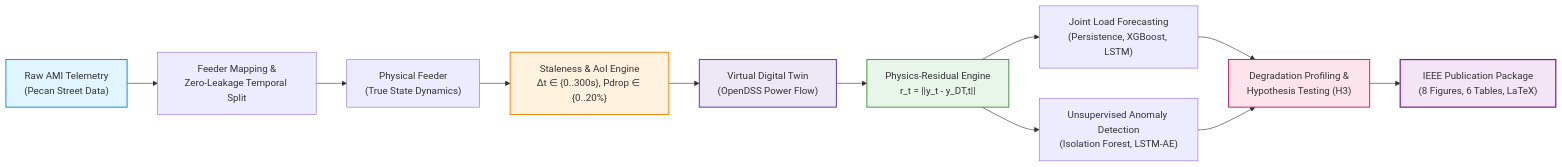
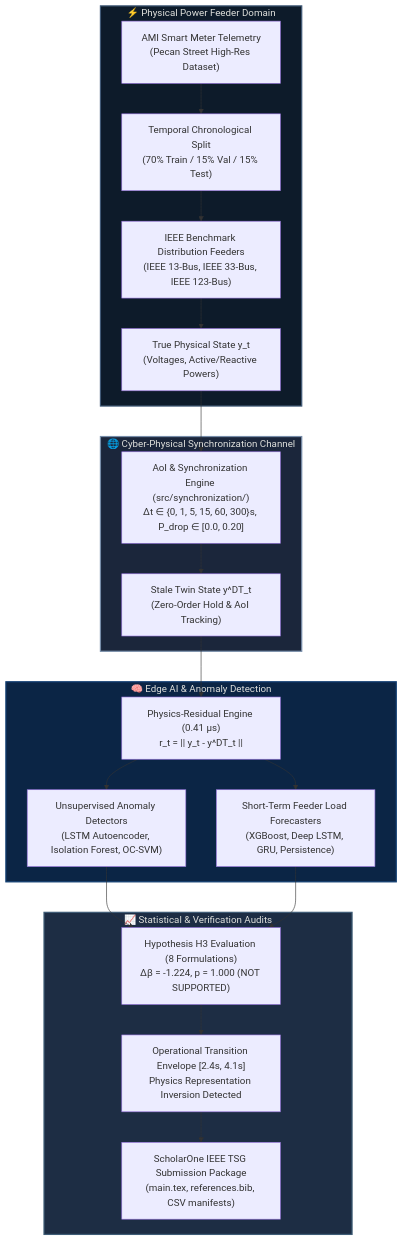
One commit to yashlund05/digital-twins-ieee changed the diagram in README.md. Above: the diagram before and after it, drawn with Mermaid. The commit also changed other lines of this file, not shown here.

Commit message:
docs(readme): polish README with 3D cyber-physical banner, WebGL studio section, and IEEE TSG readiness updates

````diff
--- a/README.md
+++ b/README.md
@@ -35,20 +58,31 @@
 ```mermaid
-flowchart LR
-    A["Raw AMI Telemetry<br/>(Pecan Street Data)"] --> B["Feeder Mapping &<br/>Zero-Leakage Temporal Split"]
-    B --> C["Physical Feeder<br/>(True State Dynamics)"]
-    C --> D["Staleness & AoI Engine<br/>Δt ∈ {0..300s}, Pdrop ∈ {0..20%}"]
-    D --> E["Virtual Digital Twin<br/>(OpenDSS Power Flow)"]
-    E --> F["Physics-Residual Engine<br/>r_t = ||y_t - y_DT,t||"]
-    F --> G["Joint Load Forecasting<br/>(Persistence, XGBoost, LSTM)"]
-    F --> H["Unsupervised Anomaly Detection<br/>(Isolation Forest, LSTM-AE)"]
-    G --> I["Degradation Profiling &<br/>Hypothesis Testing (H3)"]
-    H --> I
-    I --> J["IEEE Publication Package<br/>(8 Figures, 6 Tables, LaTeX)"]
+flowchart TD
+    subgraph Physical_Domain["⚡ Physical Power Feeder Domain"]
+        AMI["AMI Smart Meter Telemetry<br/>(Pecan Street High-Res Dataset)"] --> Split["Temporal Chronological Split<br/>(70% Train / 15% Val / 15% Test)"]
+        Split --> Feeder["IEEE Benchmark Distribution Feeders<br/>(IEEE 13-Bus, IEEE 33-Bus, IEEE 123-Bus)"]
+        Feeder --> TrueState["True Physical State y_t<br/>(Voltages, Active/Reactive Powers)"]
+    end
 
-    style A fill:#e1f5fe,stroke:#0288d1,stroke-width:1.5px
-    style D fill:#fff3e0,stroke:#f57c00,stroke-width:1.5px
-    style E fill:#ede7f6,stroke:#512da8,stroke-width:1.5px
-    style F fill:#e8f5e9,stroke:#388e3c,stroke-width:1.5px
-    style I fill:#fce4ec,stroke:#c2185b,stroke-width:1.5px
-    style J fill:#f3e5f5,stroke:#7b1fa2,stroke-width:2px
+    subgraph Cyber_Domain["🌐 Cyber-Physical Synchronization Channel"]
+        TrueState --> SyncEngine["AoI & Synchronization Engine (src/synchronization/)<br/>Δt ∈ {0, 1, 5, 15, 60, 300}s, P_drop ∈ [0.0, 0.20]"]
+        SyncEngine --> StaleTelemetry["Stale Twin State y^DT_t<br/>(Zero-Order Hold & AoI Tracking)"]
+    end
+
+    subgraph Analytical_Domain["🧠 Edge AI & Anomaly Detection"]
+        StaleTelemetry --> ResEngine["Physics-Residual Engine (0.41 µs)<br/>r_t = || y_t - y^DT_t ||"]
+        ResEngine --> LSTM_AE["Unsupervised Anomaly Detectors<br/>(LSTM Autoencoder, Isolation Forest, OC-SVM)"]
+        ResEngine --> Forecasters["Short-Term Feeder Load Forecasters<br/>(XGBoost, Deep LSTM, GRU, Persistence)"]
+    end
+
+    subgraph Statistical_Defense["📈 Statistical & Verification Audits"]
+        LSTM_AE --> H3_Audit["Hypothesis H3 Evaluation (8 Formulations)<br/>Δβ = -1.224, p = 1.000 (NOT SUPPORTED)"]
+        Forecasters --> H3_Audit
+        H3_Audit --> Envelope["Operational Transition Envelope [2.4s, 4.1s]<br/>Physics Representation Inversion Detected"]
+        Envelope --> ScholarOne["ScholarOne IEEE TSG Submission Package<br/>(main.tex, references.bib, CSV manifests)"]
+    end
+
+    style Physical_Domain fill:#0d1b2a,stroke:#415a77,stroke-width:2px,color:#e0e1dd
+    style Cyber_Domain fill:#1b263b,stroke:#778da9,stroke-width:2px,color:#e0e1dd
+    style Analytical_Domain fill:#0b2545,stroke:#134074,stroke-width:2px,color:#e0e1dd
+    style Statistical_Defense fill:#1d2d44,stroke:#3e5c76,stroke-width:2px,color:#e0e1dd
 ```
````
